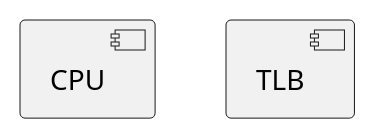
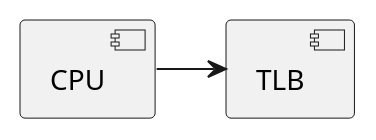
The diagram in Computer-Science/Page table.md (ashwinreddy/wiki), drawn with PlantUML before and after one commit.

Commit message:
Updated Page table.md (markdown)

```diff
--- a/Computer-Science/Page table.md
+++ b/Computer-Science/Page table.md
@@ -6,4 +6,6 @@
 @startuml
 [CPU]
 [TLB]
+
+[CPU] -> [TLB]
 @enduml
```
